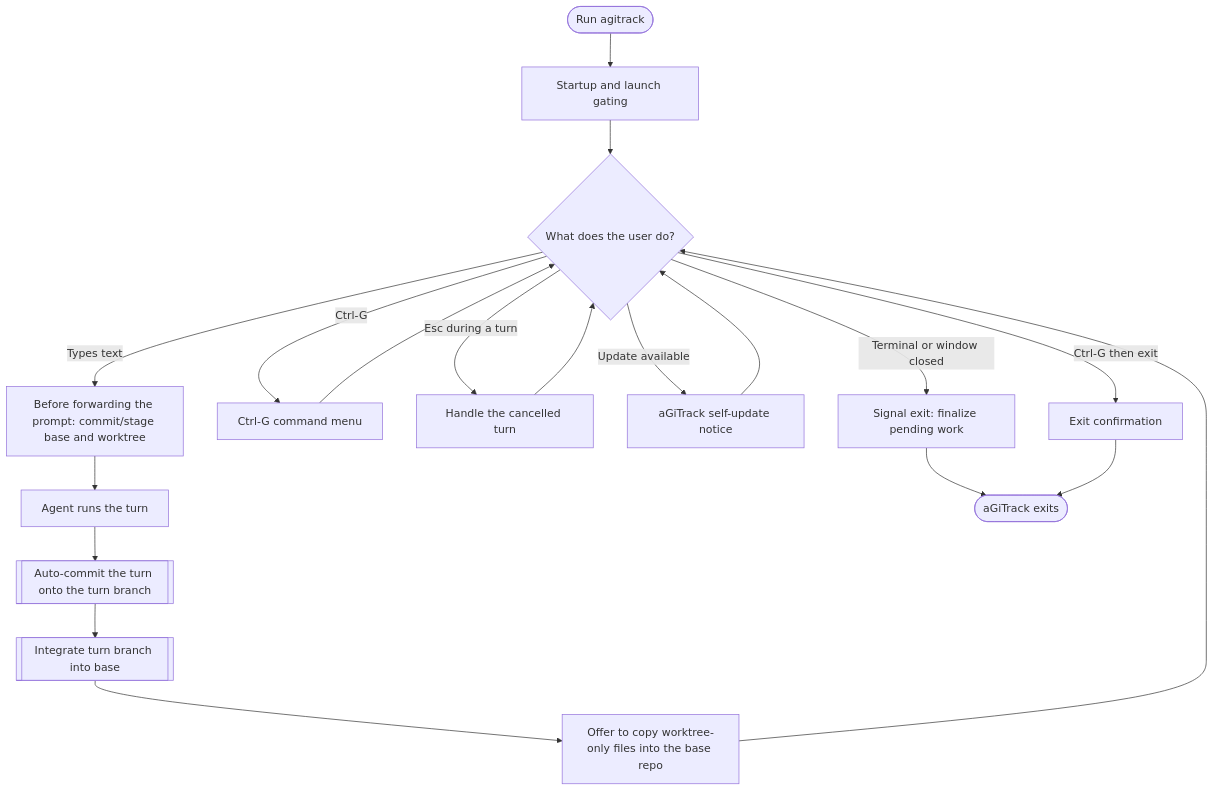
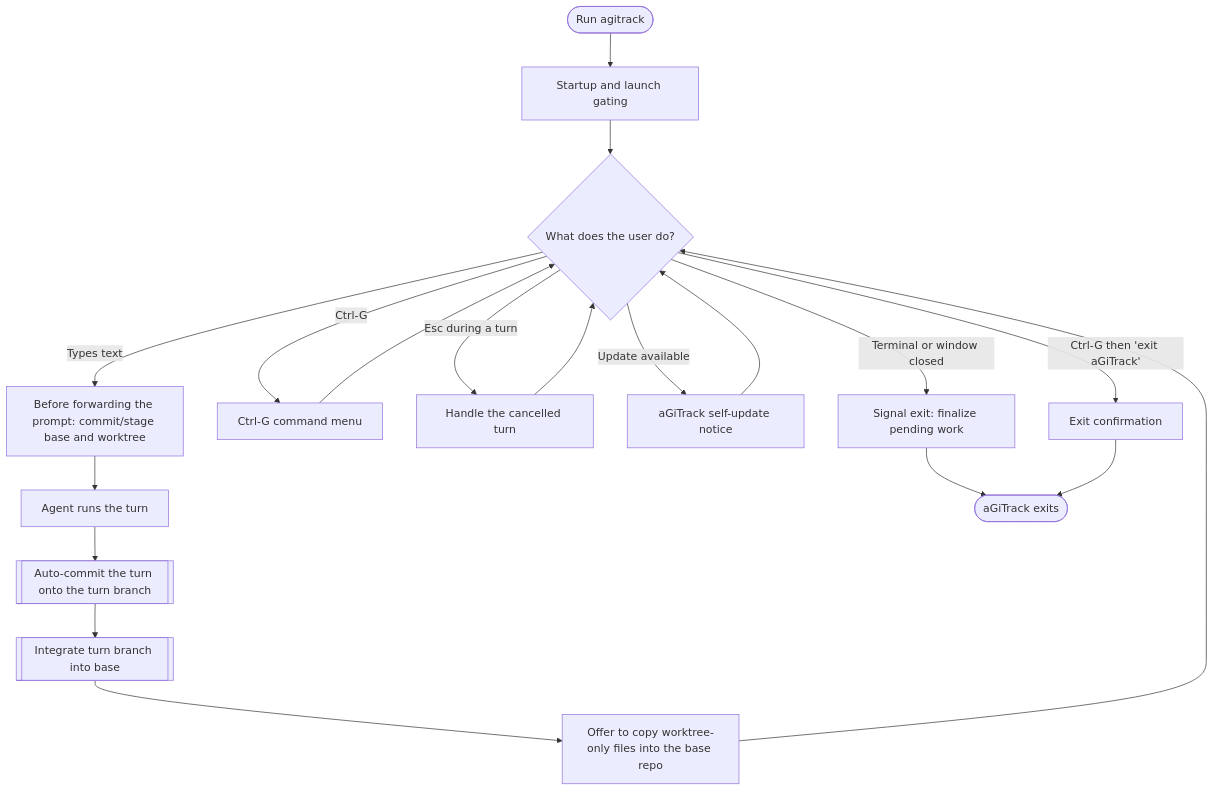
The second of 15 diagrams in docs/user-flow.md (core-aix/agitrack), drawn with Mermaid before and after one commit. The commit also changed other lines of this file and 3 other files, not shown here.

````diff
--- a/docs/user-flow.md
+++ b/docs/user-flow.md
@@ -37,35 +37,35 @@
 ```mermaid
 flowchart TD
   start(["Run agitrack"]) --> launch["Startup and launch gating"]
   launch --> loop{"What does the user do?"}
 
   loop -->|Types text| pre["Before forwarding the prompt: commit/stage base and worktree"]
   pre --> turn["Agent runs the turn"]
   turn --> commit[["Auto-commit the turn onto the turn branch"]]
   commit --> integrate[["Integrate turn branch into base"]]
   integrate --> copyback["Offer to copy worktree-only files into the base repo"]
   copyback --> loop
 
   loop -->|Ctrl-G| menu["Ctrl-G command menu"]
   menu --> loop
 
   loop -->|Esc during a turn| cancel["Handle the cancelled turn"]
   cancel --> loop
 
   loop -->|Update available| upd["aGiTrack self-update notice"]
   upd --> loop
 
   loop -->|Terminal or window closed| sig["Signal exit: finalize pending work"]
-  loop -->|Ctrl-G then exit| ex["Exit confirmation"]
+  loop -->|"Ctrl-G then 'exit aGiTrack'"| ex["Exit confirmation"]
   sig --> done(["aGiTrack exits"])
   ex --> done
 
   click launch "#2-startup-and-launch-gating"
   click pre "#4-before-forwarding-a-prompt-base-to-worktree"
   click turn "#5-the-agent-turn-auto-commit-and-integration"
   click copyback "#6-after-the-turn-copy-worktree-only-files-to-base"
   click menu "#7-ctrl-g-command-menu"
   click cancel "#5-the-agent-turn-auto-commit-and-integration"
   click upd "#9-self-update-flow"
   click ex "#10-exit-and-terminal-close"
 ```
````
